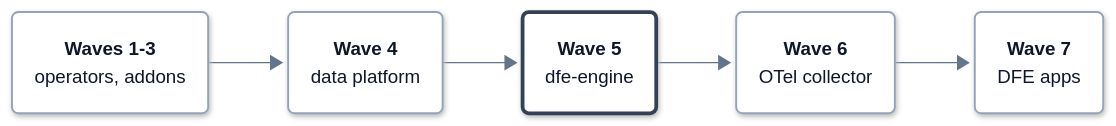
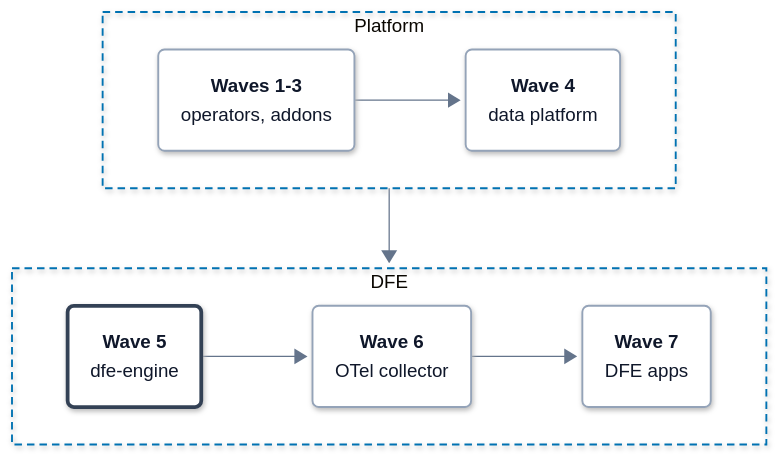
The first of 2 diagrams in docs/deployment/on-prem.md (hyperi-io/dfe-infra), drawn with Mermaid before and after one commit. The commit also changed 17 other files, not shown here.

First line of the commit message:
docs(architecture): map suite in architecture.md and fit charts to 860 px (#1152)

````diff
--- a/docs/deployment/on-prem.md
+++ b/docs/deployment/on-prem.md
@@ -75,72 +75,79 @@
 ```mermaid
 ---
 config:
   theme: base
   look: neo
   fontFamily: Inter, -apple-system, Segoe UI, Roboto, Helvetica, Arial, sans-serif
   flowchart:
     curve: linear
     nodeSpacing: 40
     rankSpacing: 64
     padding: 18
     wrappingWidth: 280
     htmlLabels: true
   elk:
     preset: modelOrder
   themeVariables:
     fontSize: 15px
     lineColor: "#64748B"
     primaryTextColor: "#0F172A"
     clusterBorder: "#0072B2"
     edgeLabelBackground: "#FFFFFF"
   themeCSS: >-
     p{margin:0}
     .node[data-look] rect,.node[data-look] path,.node[data-look] polygon,.node[data-look] .outer-path{filter:drop-shadow(0 1px 2px rgba(15,23,42,.10)) drop-shadow(0 6px 14px rgba(15,23,42,.10))}
     .node rect{rx:10px;ry:10px}
     .cluster rect{rx:16px;ry:16px}
     .node .label div{min-width:150px}
     .node.decision .label div{min-width:0}
     .cluster[data-look] rect{filter:none}
     .nodeLabel{line-height:1.35}
     .nodeLabel b{font-weight:600;font-size:15px;letter-spacing:-0.01em}
     .nodeLabel span{font-size:12.5px;font-weight:400;color:#334155}
     .cluster-label span.nodeLabel{display:inline-block;background:#FFFFFF;color:#0B2A3F;border:1.5px solid #0072B2;border-radius:999px;padding:2px 12px;font-size:11.5px;font-weight:700;letter-spacing:.09em;text-transform:uppercase}
     .flowchart-link{stroke-width:1.75px}
     .labelBkg{background:transparent!important}
     span.edgeLabel{display:inline-block;background:#FFFFFF!important;color:#1E293B;border:1px solid #94A3B8;border-radius:999px;padding:2px 10px;font-size:12px;font-weight:500}
     span.edgeLabel p{background:transparent!important}
     .label-icon{width:20px;height:20px;vertical-align:-4px;margin-right:6px}
     .ingest .label-icon{color:#0E8A7D}
     .xform .label-icon{color:#7B4FB0}
     .load .label-icon{color:#0072B2}
     .bus .label-icon{color:#A8517F}
     .store .label-icon{color:#00785A}
     .ui .label-icon{color:#D9480F}
     .ext .label-icon{color:#64748B}
 ---
-flowchart LR
+flowchart TB
     accTitle: L4 Detail -- Argo CD sync waves
     accDescr: Waves 1 to 3 install the operators and addons. Wave 4 brings up the data platform. Wave 5 is dfe-engine, which applies the schema. Wave 6 is the OTel collector and wave 7 the DFE apps.
-
-    ops("<b>Waves 1-3</b><br/><span>operators, addons</span>")
-    data("<b>Wave 4</b><br/><span>data platform</span>")
-    engine("<b>Wave 5</b><br/><span>dfe-engine</span>")
-    otel("<b>Wave 6</b><br/><span>OTel collector</span>")
-    apps("<b>Wave 7</b><br/><span>DFE apps</span>")
-
-    ops --> data --> engine --> otel --> apps
-
+    subgraph platform["Platform"]
+        direction LR
+        ops("<b>Waves 1-3</b><br/><span>operators, addons</span>")
+        data("<b>Wave 4</b><br/><span>data platform</span>")
+        ops --> data
+    end
+    subgraph stack["DFE"]
+        direction LR
+        engine("<b>Wave 5</b><br/><span>dfe-engine</span>")
+        otel("<b>Wave 6</b><br/><span>OTel collector</span>")
+        apps("<b>Wave 7</b><br/><span>DFE apps</span>")
+        engine --> otel --> apps
+    end
+    platform --> stack
     class ops,data,otel,apps part
     class engine control
   classDef ext fill:#F4F6F8,stroke:#94A3B8,stroke-width:1.5px,stroke-dasharray:5 4,color:#0F172A
   classDef ingest fill:#FFFFFF,stroke:#0E8A7D,stroke-width:3px,color:#0F172A
   classDef xform fill:#FFFFFF,stroke:#7B4FB0,stroke-width:3px,color:#0F172A
   classDef load fill:#FFFFFF,stroke:#0072B2,stroke-width:3px,color:#0F172A
   classDef bus fill:#FFFFFF,stroke:#A8517F,stroke-width:3px,color:#0F172A
   classDef store fill:#FFFFFF,stroke:#00785A,stroke-width:3px,color:#0F172A
   classDef ui fill:#FFFFFF,stroke:#D9480F,stroke-width:3px,color:#0F172A
   classDef decision fill:#FFFFFF,stroke:#9A6700,stroke-width:3px,color:#0F172A
   classDef error fill:#FFFFFF,stroke:#C2410C,stroke-width:3px,color:#0F172A
   classDef control fill:#FFFFFF,stroke:#334155,stroke-width:3px,color:#0F172A
   classDef part fill:#FFFFFF,stroke:#94A3B8,stroke-width:1.5px,color:#0F172A
+  style platform fill:none,stroke:#0072B2,stroke-width:1.5px,stroke-dasharray:6 4
+  style stack fill:none,stroke:#0072B2,stroke-width:1.5px,stroke-dasharray:6 4
 ```
````
